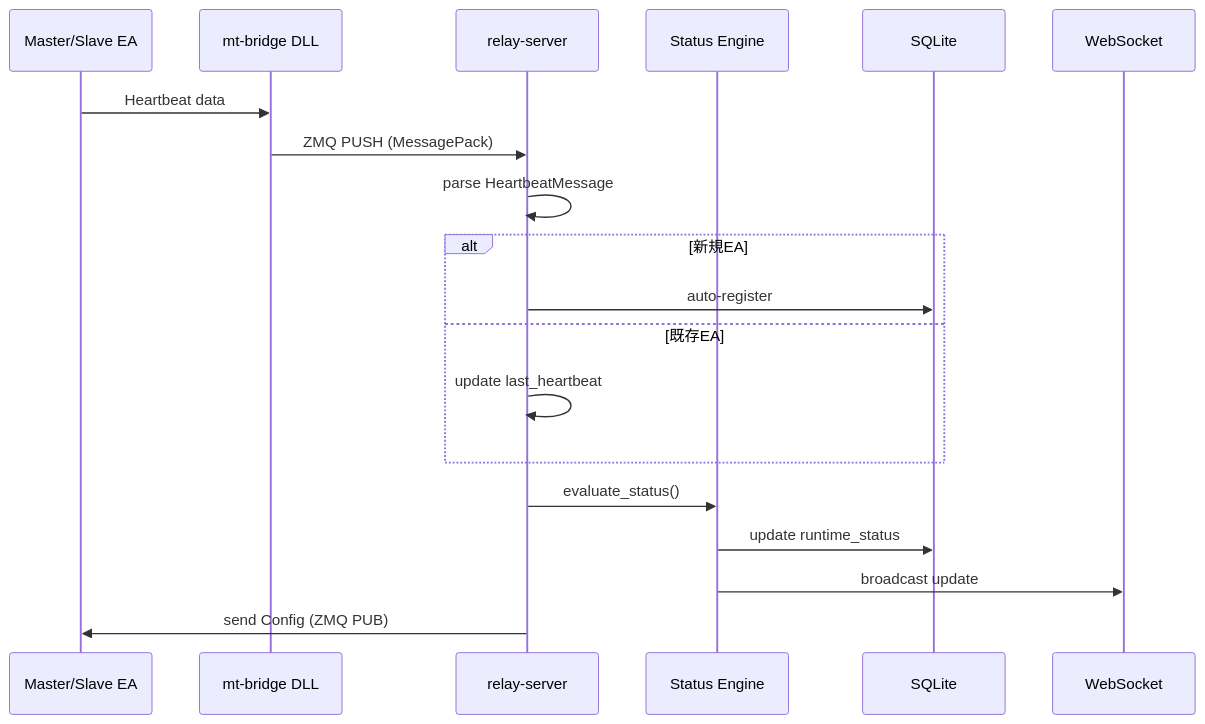
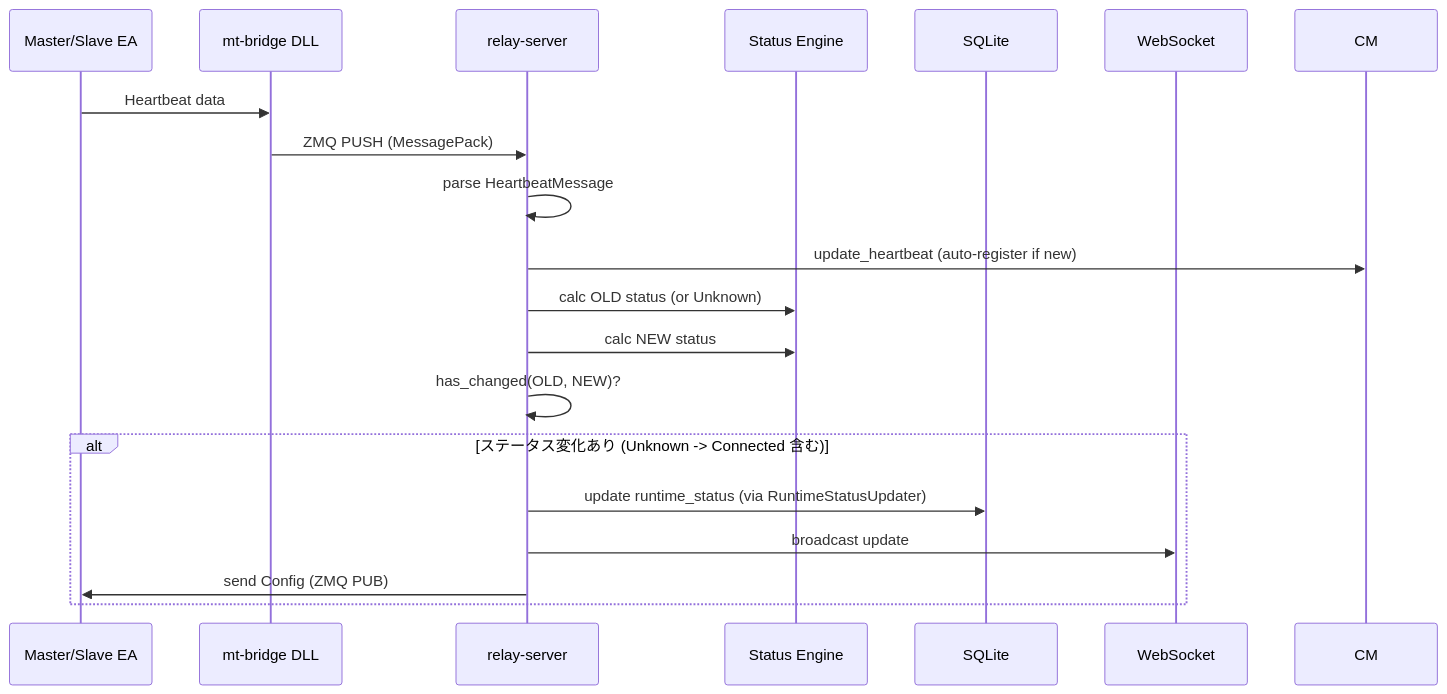
One commit to poruru210/sankey-copier changed the fourth of 6 diagrams in docs/relay-server.md. Above: the diagram before and after it, drawn with Mermaid. The commit also changed 1 other file, not shown here.

Commit message:
docs: update relay-server architecture for zero-base heartbeat
test: fix flaky master_toggle_slave_warning test by adding connection retries

````diff
--- a/docs/relay-server.md
+++ b/docs/relay-server.md
@@ -518,24 +518,24 @@
 ```mermaid
 sequenceDiagram
     participant EA as Master/Slave EA
     participant DLL as mt-bridge DLL
     participant RS as relay-server
     participant SE as Status Engine
     participant DB as SQLite
     participant WS as WebSocket
 
     EA->>DLL: Heartbeat data
     DLL->>RS: ZMQ PUSH (MessagePack)
     RS->>RS: parse HeartbeatMessage
+    RS->>CM: update_heartbeat (auto-register if new)
 
-    alt 新規EA
-        RS->>DB: auto-register
-    else 既存EA
-        RS->>RS: update last_heartbeat
+    RS->>SE: calc OLD status (or Unknown)
+    RS->>SE: calc NEW status
+    RS->>RS: has_changed(OLD, NEW)?
+
+    alt ステータス変化あり (Unknown -> Connected 含む)
+        RS->>DB: update runtime_status (via RuntimeStatusUpdater)
+        RS->>WS: broadcast update
+        RS->>EA: send Config (ZMQ PUB)
     end
-
-    RS->>SE: evaluate_status()
-    SE->>DB: update runtime_status
-    SE->>WS: broadcast update
-    RS->>EA: send Config (ZMQ PUB)
 ```
````
